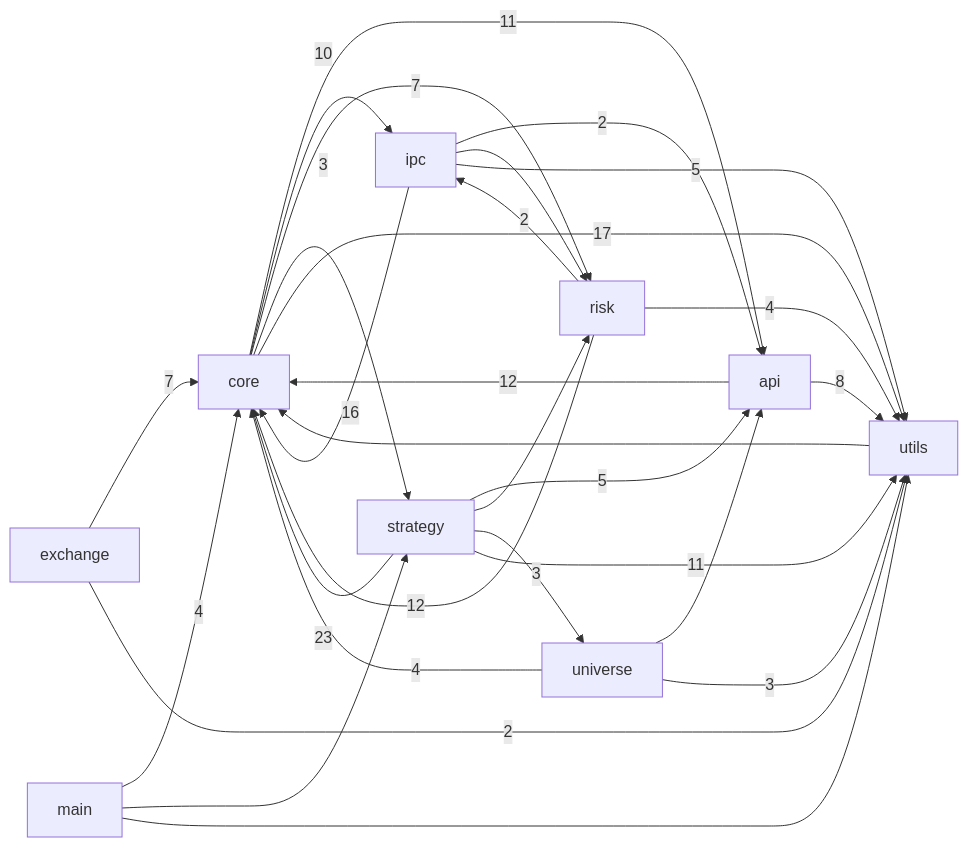
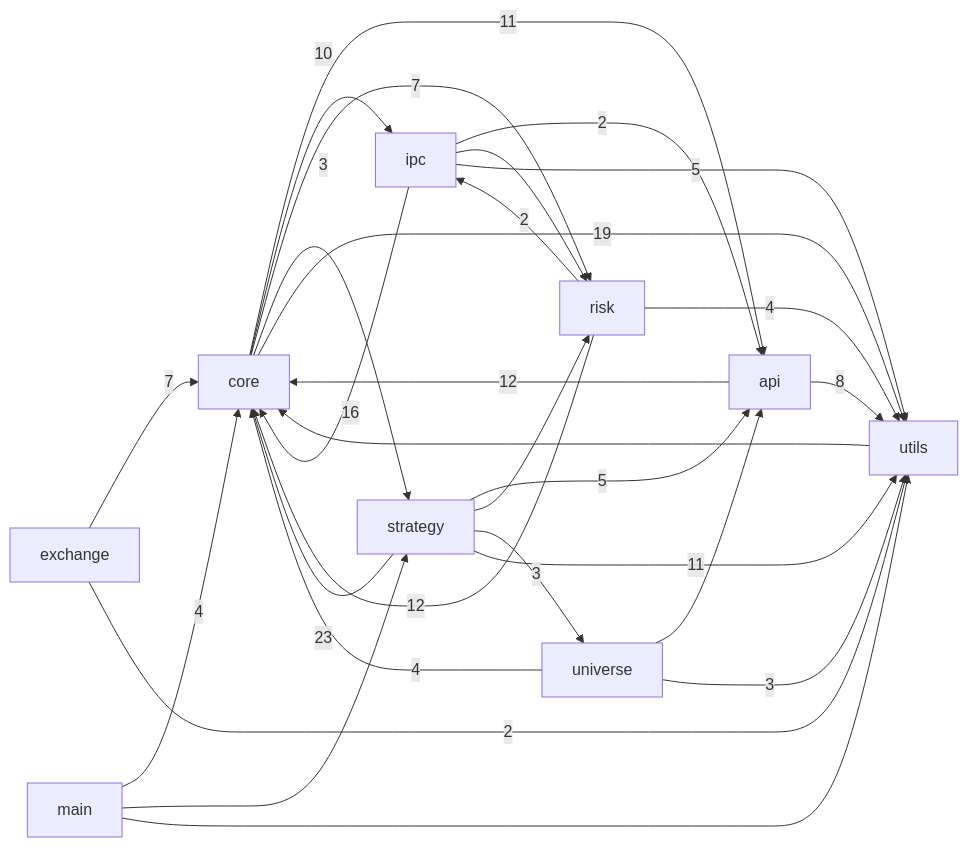
One commit to pypy8171/Quant changed the first of 3 diagrams in docs/CODE_GRAPH.md. Above: the diagram before and after it, drawn with Mermaid. The commit also changed other lines of this file and 11 other files, not shown here.

````diff
--- a/docs/CODE_GRAPH.md
+++ b/docs/CODE_GRAPH.md
@@ -10,40 +10,40 @@
 ```mermaid
 graph LR
   main[main]
   core[core]
   strategy[strategy]
   api[api]
   universe[universe]
   risk[risk]
   ipc[ipc]
   utils[utils]
   exchange[exchange]
   api -->|12| core
   api -->|8| utils
   core -->|11| api
   core -->|10| ipc
   core -->|7| risk
   core -->|3| strategy
-  core -->|17| utils
+  core -->|19| utils
   exchange -->|7| core
   exchange -->|2| utils
   ipc -->|2| api
   ipc -->|16| core
   ipc --> risk
   ipc -->|5| utils
   main -->|4| core
   main --> strategy
   main --> utils
   risk -->|12| core
   risk -->|2| ipc
   risk -->|4| utils
   strategy -->|5| api
   strategy -->|23| core
   strategy --> risk
   strategy -->|3| universe
   strategy -->|11| utils
   universe --> api
   universe -->|4| core
   universe -->|3| utils
   utils --> core
 ```
````
